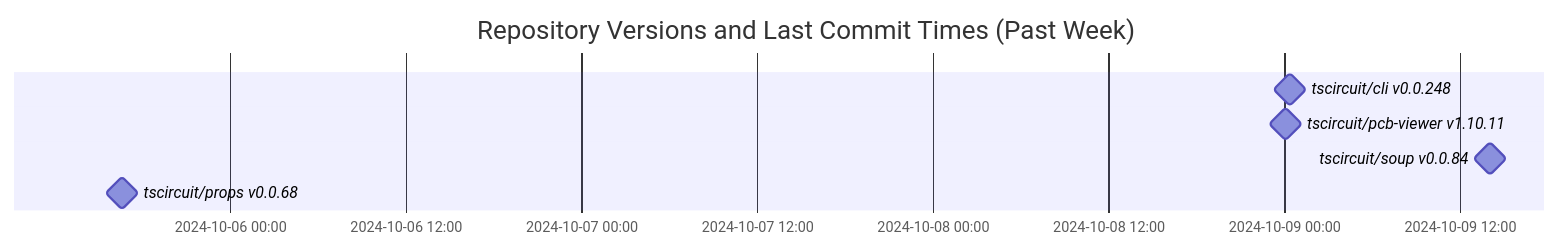
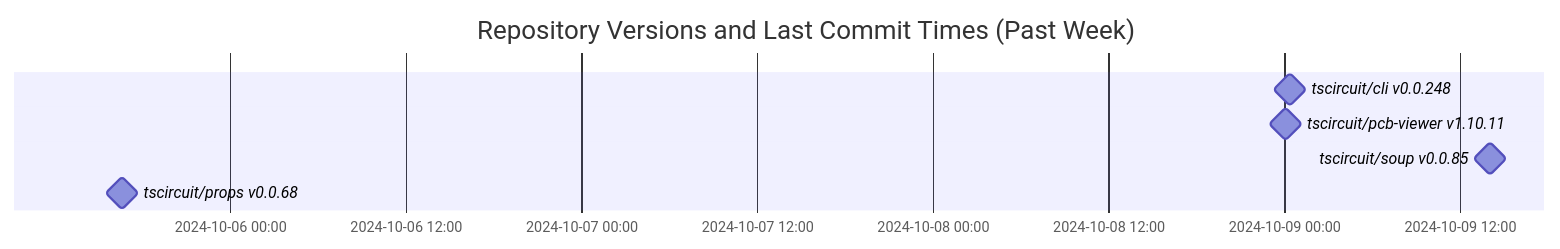
Before and after one commit to tscircuit/version-tracker: the diagram in README.md, drawn with Mermaid.

Commit message:
Update chart

````diff
--- a/README.md
+++ b/README.md
@@ -1,11 +1,11 @@
 ```mermaid
 gantt
   dateFormat  YYYY-MM-DD HH:mm:ss
   title Repository Versions and Last Commit Times (Past Week)
   axisFormat %Y-%m-%d %H:%M
 
   tscircuit/cli v0.0.248 : milestone, 2024-10-09 00:20:18, 1s
   tscircuit/pcb-viewer v1.10.11 : milestone, 2024-10-09 00:04:47, 1s
-  tscircuit/soup v0.0.84 : milestone, 2024-10-09 14:02:41, 1s
+  tscircuit/soup v0.0.85 : milestone, 2024-10-09 14:03:06, 1s
   tscircuit/props v0.0.68 : milestone, 2024-10-05 16:34:46, 1s
 ```
````
